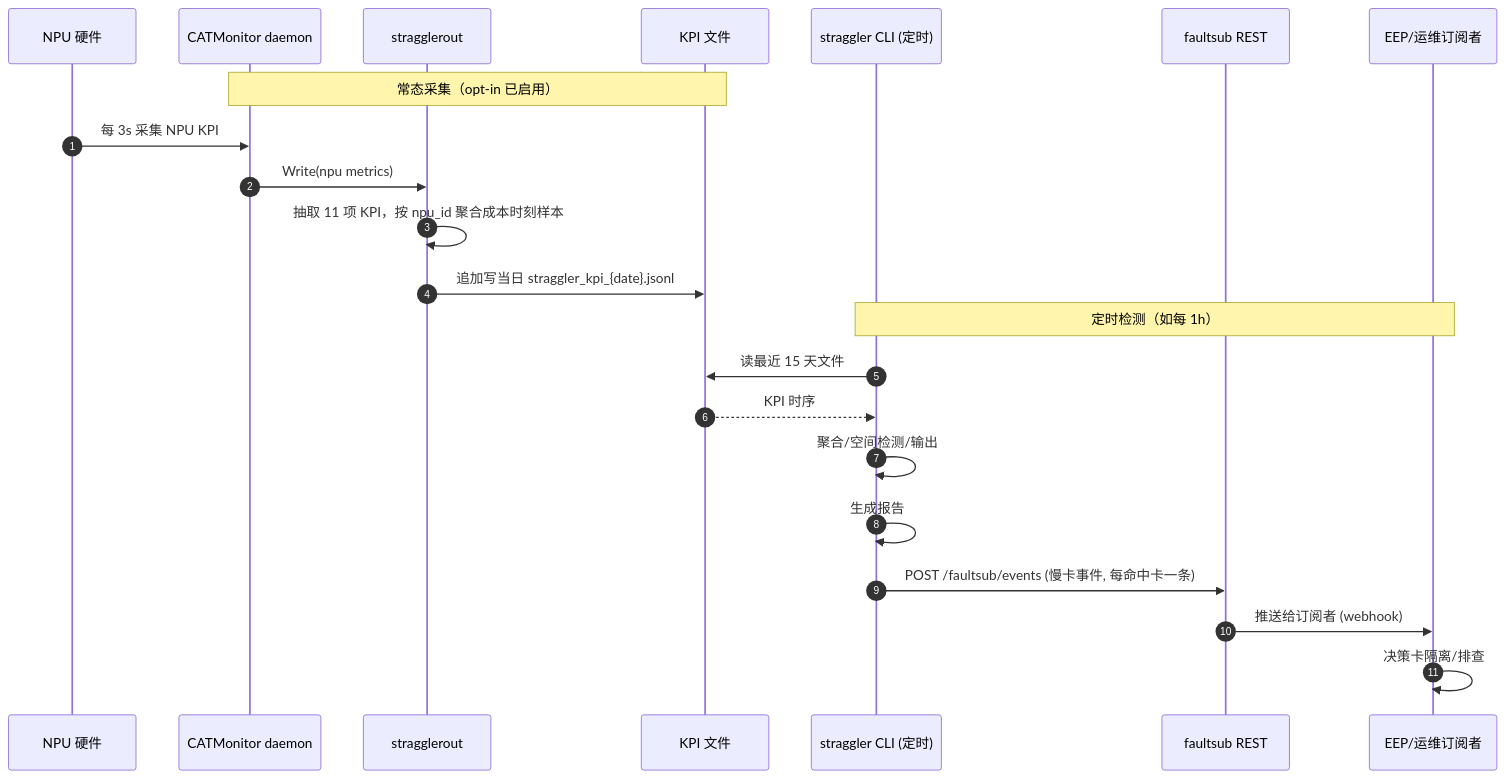
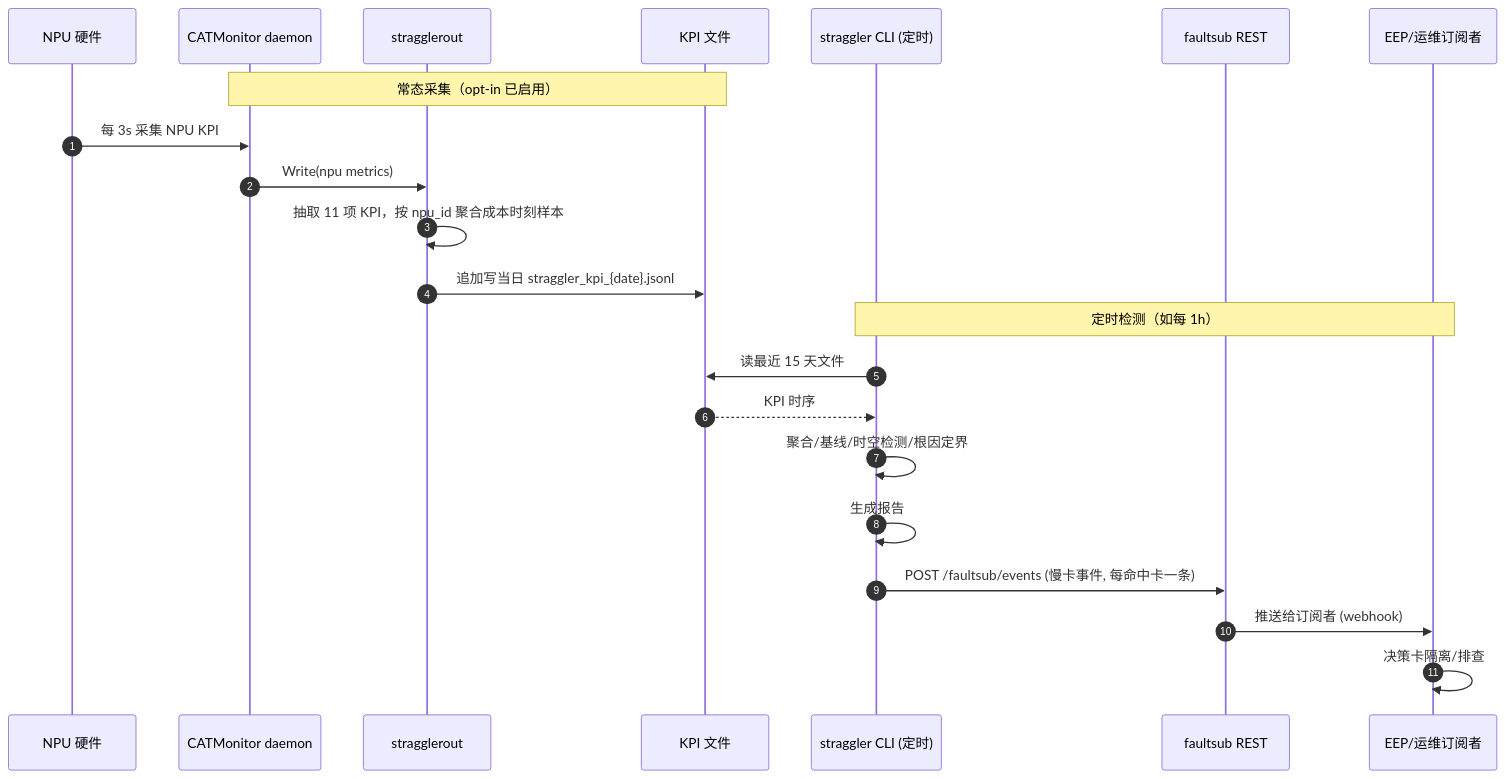
Before and after one commit to 1542305589/CATHelper: the second of 2 diagrams in feature/straggler/straggler_combination_DESIGN.md, drawn with Mermaid. The commit also changed other lines of this file and 27 other files, not shown here.

````diff
--- a/feature/straggler/straggler_combination_DESIGN.md
+++ b/feature/straggler/straggler_combination_DESIGN.md
@@ -153,26 +153,26 @@
 ```mermaid
 sequenceDiagram
     autonumber
     participant NPU as NPU 硬件
     participant CM as CATMonitor daemon
     participant SO as stragglerout
     participant KPI as KPI 文件
     participant ST as straggler CLI (定时)
     participant FS as faultsub REST
     participant EEP as EEP/运维订阅者
 
     Note over CM,KPI: 常态采集（opt-in 已启用）
     NPU->>CM: 每 3s 采集 NPU KPI
     CM->>SO: Write(npu metrics)
     SO->>SO: 抽取 11 项 KPI，按 npu_id 聚合成本时刻样本
     SO->>KPI: 追加写当日 straggler_kpi_{date}.jsonl
 
     Note over ST,EEP: 定时检测（如每 1h）
     ST->>KPI: 读最近 15 天文件
     KPI-->>ST: KPI 时序
-    ST->>ST: 聚合/空间检测/输出
+    ST->>ST: 聚合/基线/时空检测/根因定界
     ST->>ST: 生成报告
     ST->>FS: POST /faultsub/events (慢卡事件, 每命中卡一条)
     FS->>EEP: 推送给订阅者 (webhook)
     EEP->>EEP: 决策卡隔离/排查
 ```
````
